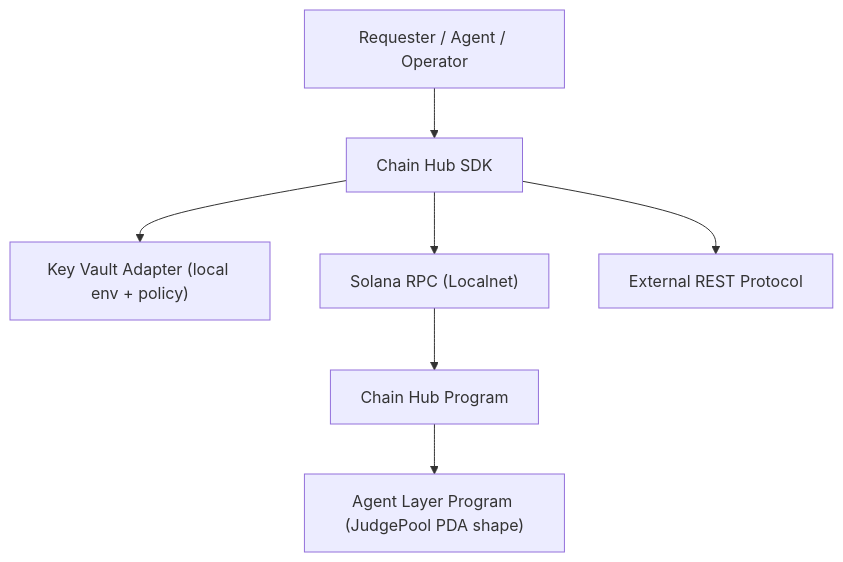
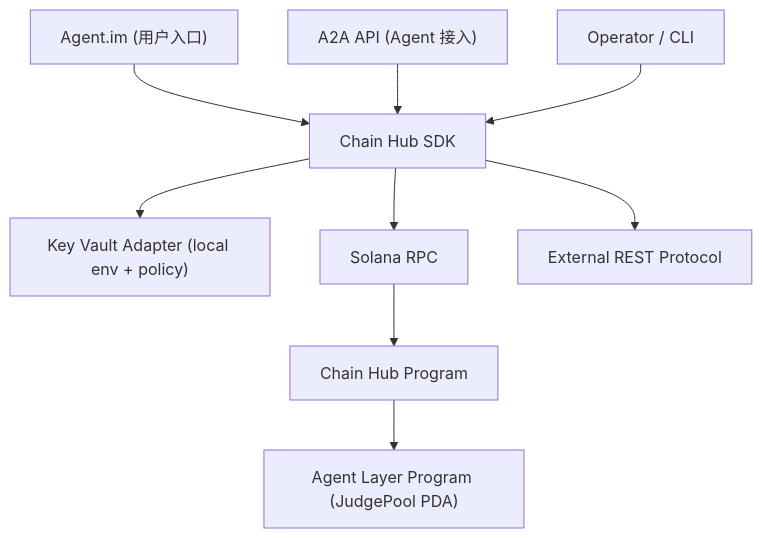
One commit to DaviRain-Su/gradience changed the first of 2 diagrams in apps/chain-hub/docs/02-architecture.md. Above: the diagram before and after it, drawn with Mermaid. The commit also changed other lines of this file and 8 other files, not shown here.

First line of the commit message:
docs: Chain Hub align with Agent.im product architecture

````diff
--- a/apps/chain-hub/docs/02-architecture.md
+++ b/apps/chain-hub/docs/02-architecture.md
@@ -14,9 +14,11 @@
 ```mermaid
 flowchart TB
-    U["Requester / Agent / Operator"] --> SDK["Chain Hub SDK"]
+    AIM["Agent.im (用户入口)"] --> SDK["Chain Hub SDK"]
+    API["A2A API (Agent 接入)"] --> SDK
+    U["Operator / CLI"] --> SDK
     SDK --> KV["Key Vault Adapter (local env + policy)"]
-    SDK --> RPC["Solana RPC (Localnet)"]
+    SDK --> RPC["Solana RPC"]
     SDK --> REST["External REST Protocol"]
     RPC --> CH["Chain Hub Program"]
-    CH --> AL["Agent Layer Program (JudgePool PDA shape)"]
+    CH --> AL["Agent Layer Program (JudgePool PDA)"]
 ```
````
